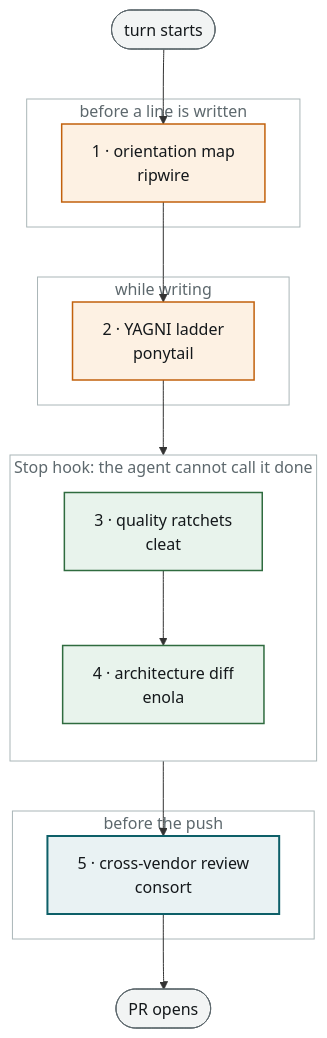
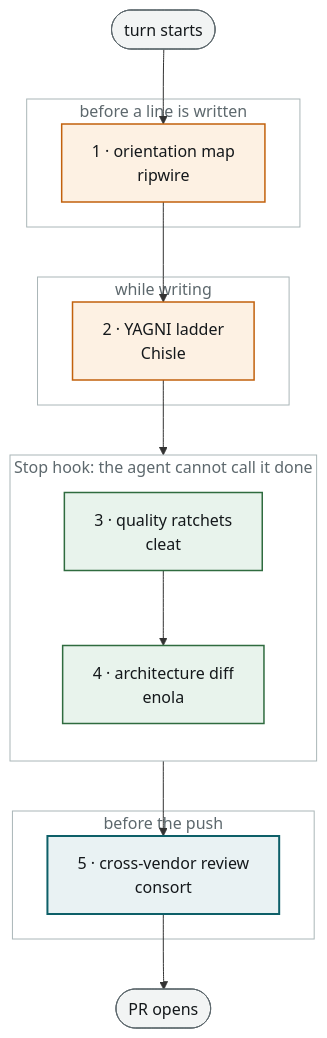
The diagram in docs/05-sensor-stack.md (siimvene/software-factory), drawn with Mermaid before and after one commit. The commit also changed other lines of this file and 4 other files, not shown here.

First line of the commit message:
0.2.4: Chisle replaces ponytail; escalation triggers; acceptance ratio

````diff
--- a/docs/05-sensor-stack.md
+++ b/docs/05-sensor-stack.md
@@ -27,32 +27,32 @@
 ```mermaid
 flowchart TB
     START(["turn starts"])
     subgraph PRE["before a line is written"]
         M1["1 · orientation map<br/>ripwire"]
     end
     subgraph WRITE["while writing"]
-        M2["2 · YAGNI ladder<br/>ponytail"]
+        M2["2 · YAGNI ladder<br/>Chisle"]
     end
     subgraph STOP["Stop hook: the agent cannot call it done"]
         direction TB
         M3["3 · quality ratchets<br/>cleat"]
         M4["4 · architecture diff<br/>enola"]
     end
     subgraph PUSH["before the push"]
         M5["5 · cross-vendor review<br/>consort"]
     end
     DONE(["PR opens"])
 
     START --> M1 --> M2 --> M3 --> M4 --> M5 --> DONE
 
     classDef mech fill:#e8f3ec,stroke:#2f6b3f,stroke-width:1.5px,color:#14181b;
     classDef inferential fill:#e9f2f3,stroke:#0d5f68,stroke-width:2px,color:#14181b;
     classDef ergo fill:#fdf1e3,stroke:#c2610c,stroke-width:1.5px,color:#14181b;
     classDef ends fill:#f2f4f4,stroke:#5d686d,stroke-width:1px,color:#14181b;
     classDef frame fill:#00000000,stroke:#aab6b8,stroke-width:1px,color:#5d686d;
     class M3,M4 mech;
     class M5 inferential;
     class M1,M2 ergo;
     class START,DONE ends;
     class PRE,WRITE,STOP,PUSH frame;
 ```
````
